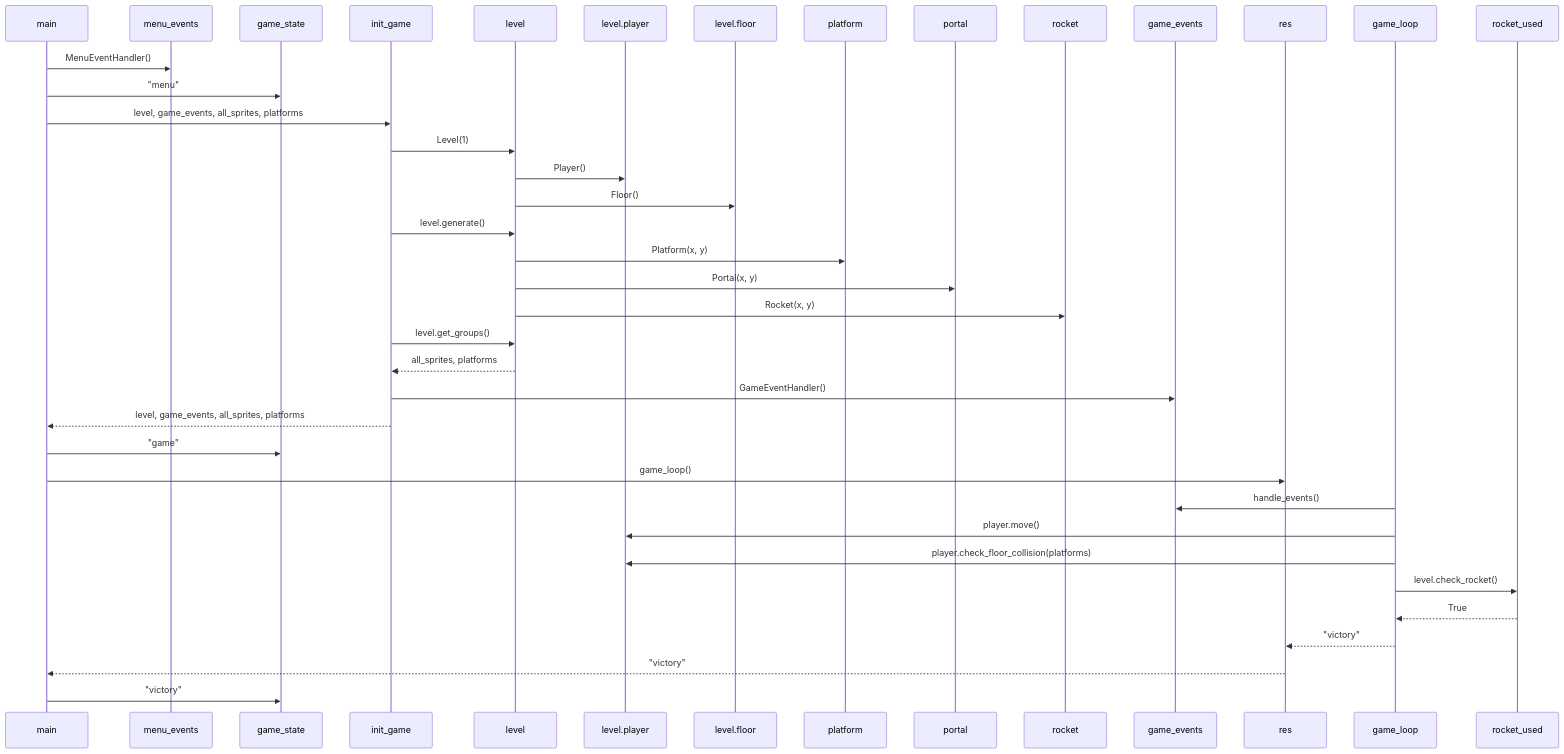
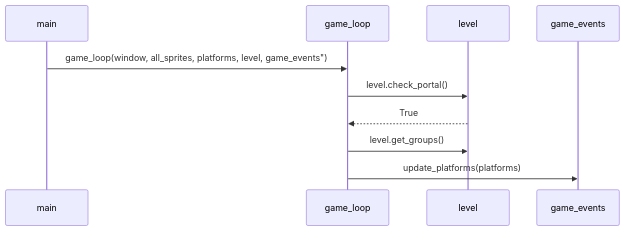
Before and after one commit to lapatinn/ot-harjoitustyo: the fourth of 4 diagrams in dokumentaatio/arkkitehtuuri.md, drawn with Mermaid. The commit also changed other lines of this file, not shown here.

Commit message:
Refine architecture documentation

````diff
--- a/dokumentaatio/arkkitehtuuri.md
+++ b/dokumentaatio/arkkitehtuuri.md
@@ -126,38 +123,8 @@
 ```mermaid
  sequenceDiagram
-    main->>menu_events: MenuEventHandler()
-    main->>game_state: "menu"
-
-    main->>init_game: level, game_events, all_sprites, platforms
-    
-    init_game->>level: Level(1)
-    
-    level->>level.player: Player()
-    level->>level.floor: Floor()
-    
-    init_game->>level: level.generate()
-    
-    level->>platform: Platform(x, y)
-    level->>portal: Portal(x, y)
-    level->>rocket: Rocket(x, y)
-    
-    init_game->>level: level.get_groups()
-    level-->>init_game: all_sprites, platforms
-    
-    init_game->>game_events: GameEventHandler()
-    init_game-->>main: level, game_events, all_sprites, platforms
-    
-    main->>game_state: "game"
-    
-    main->>res: game_loop()
-    game_loop->>game_events: handle_events()
-    game_loop->>level.player: player.move()
-    game_loop->>level.player: player.check_floor_collision(platforms)
-
-    game_loop->>rocket_used: level.check_rocket()
-    rocket_used-->>game_loop: True
-    game_loop-->>res: "victory"
-    res-->>main: "victory"
-
-    main->>game_state: "victory"
+    main->>game_loop: game_loop(window, all_sprites, platforms, level, game_events")
+    game_loop->>level: level.check_portal()
+    level-->>game_loop: True
+    game_loop->>level: level.get_groups()
+    game_loop->>game_events: update_platforms(platforms)
 ```
````
